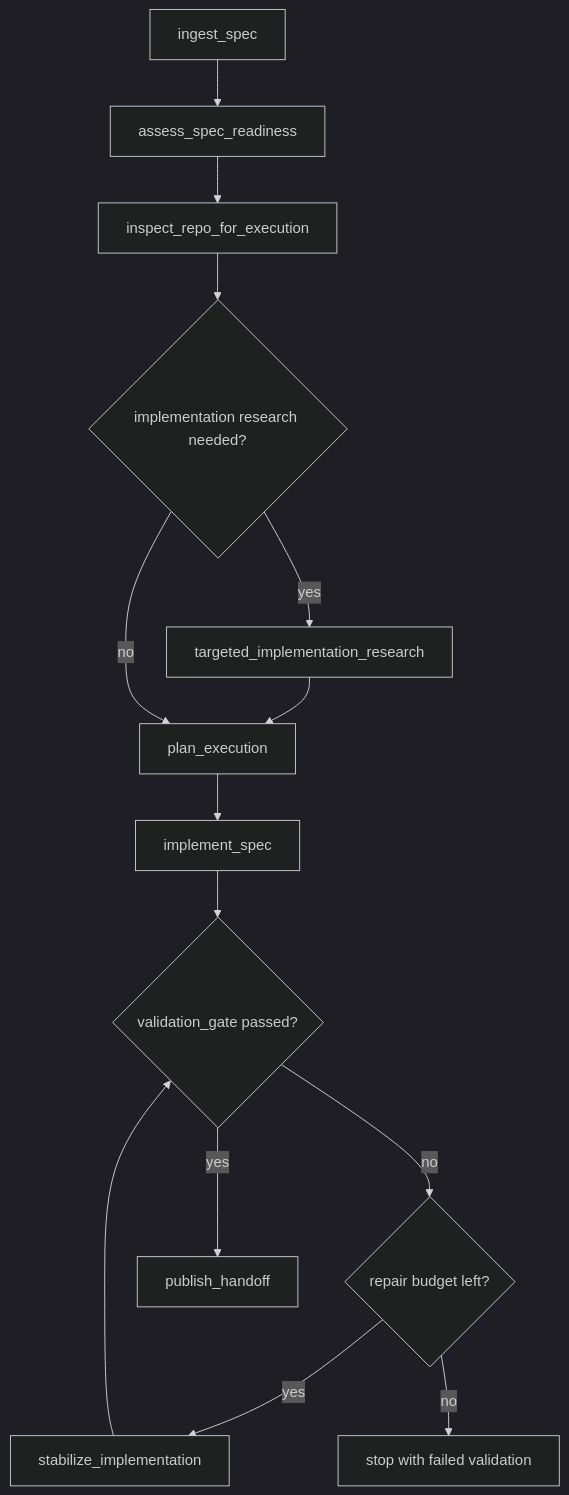
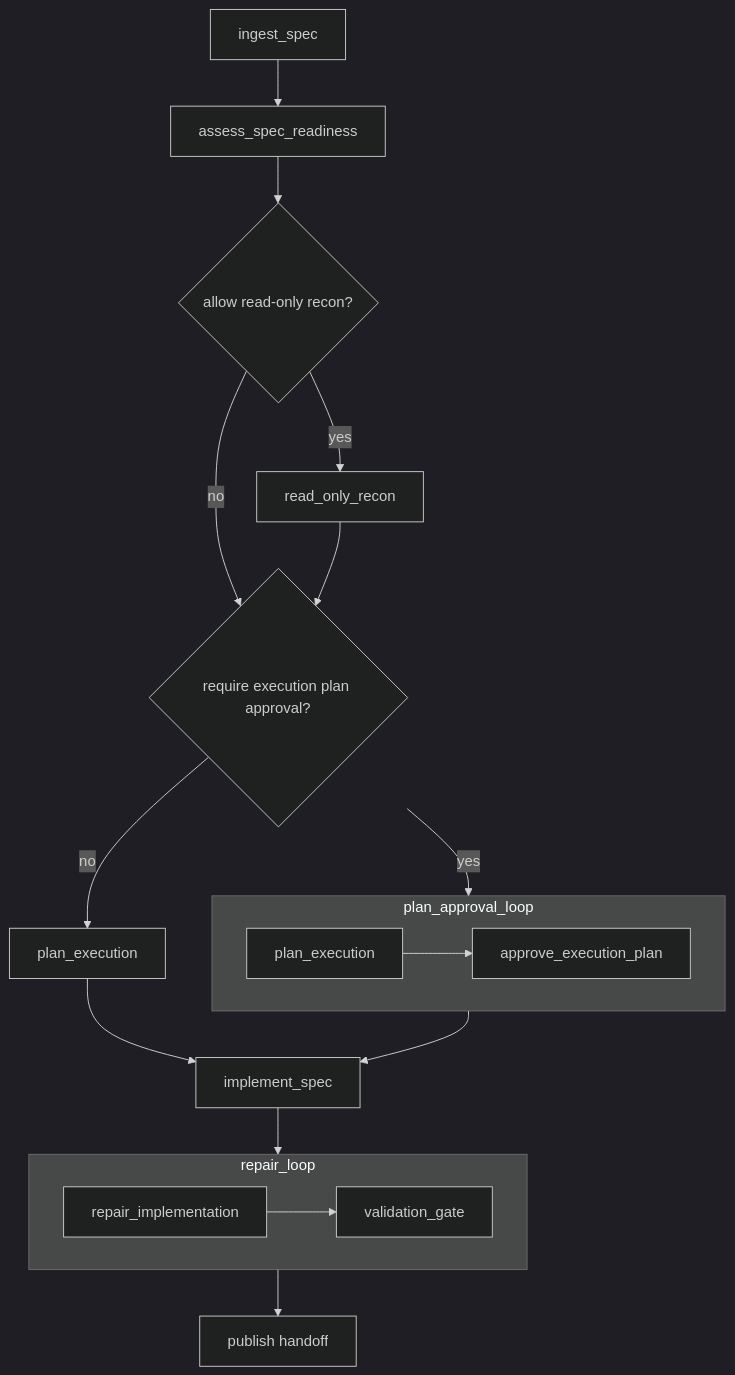
Before and after one commit to koji98/agentflow: the diagram in docs/EXECUTE_SPEC_WORKFLOW.md, drawn with Mermaid (dark theme). The commit also changed other lines of this file and 23 other files, not shown here.

````diff
--- a/docs/EXECUTE_SPEC_WORKFLOW.md
+++ b/docs/EXECUTE_SPEC_WORKFLOW.md
@@ -30,24 +9,32 @@
 ```mermaid
 flowchart TD
     ingest["ingest_spec"]
     readiness["assess_spec_readiness"]
-    inspect["inspect_repo_for_execution"]
-    research{"implementation research needed?"}
-    implResearch["targeted_implementation_research"]
-    plan["plan_execution"]
+    recon{"allow read-only recon?"}
+    reconNode["read_only_recon"]
+    plan{"require execution plan approval?"}
+    planOnce["plan_execution"]
+
+    subgraph planLoop["plan_approval_loop"]
+        p1["plan_execution"]
+        p2["approve_execution_plan"]
+        p1 --> p2
+    end
+
     implement["implement_spec"]
-    validate{"validation_gate passed?"}
-    repairBudget{"repair budget left?"}
-    repair["stabilize_implementation"]
-    publish["publish_handoff"]
-    fail["stop with failed validation"]
 
-    ingest --> readiness --> inspect --> research
-    research -->|yes| implResearch --> plan
-    research -->|no| plan
-    plan --> implement --> validate
-    validate -->|yes| publish
-    validate -->|no| repairBudget
-    repairBudget -->|yes| repair --> validate
-    repairBudget -->|no| fail
+    subgraph repair["repair_loop"]
+        r1["repair_implementation"]
+        r2["validation_gate"]
+        r1 --> r2
+    end
+
+    publish["publish handoff"]
+
+    ingest --> readiness --> recon
+    recon -->|no| plan
+    recon -->|yes| reconNode --> plan
+    plan -->|no| planOnce --> implement
+    plan -->|yes| planLoop --> implement
+    implement --> repair --> publish
 ```
````
